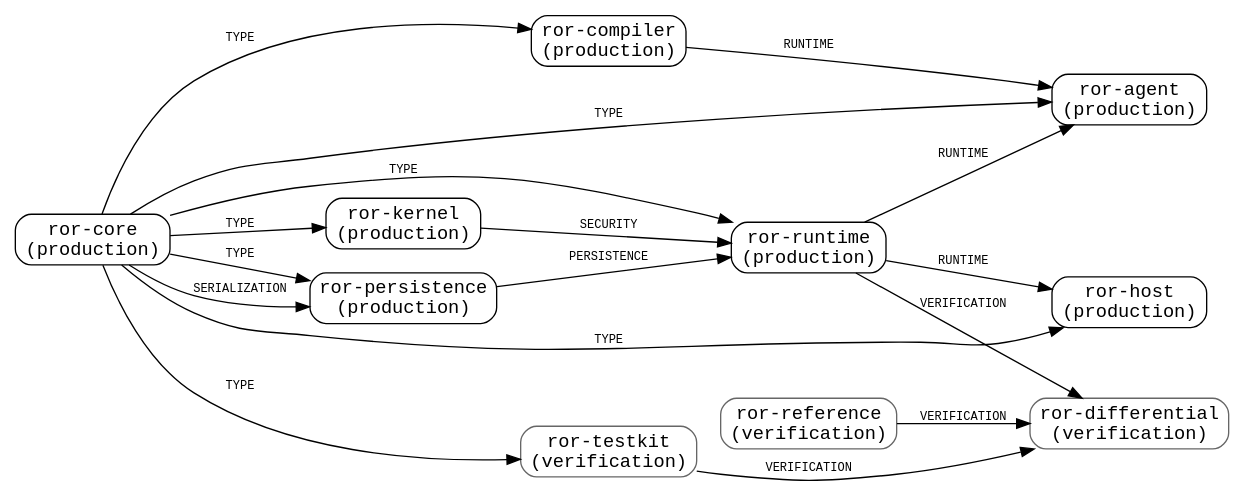
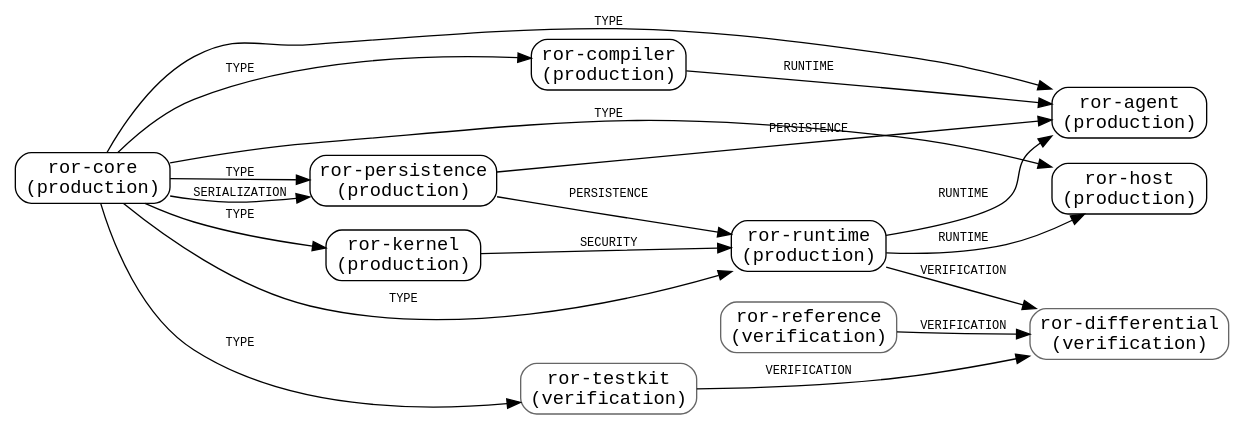
The first of 2 diagrams in dep/01-graph.md (Abdus2023/Red-on-Rust), drawn with Graphviz before and after one commit. The commit also changed other lines of this file and 18 other files, not shown here.

````diff
--- a/dep/01-graph.md
+++ b/dep/01-graph.md
@@ -69,40 +68,41 @@
 ```dot
 digraph ror_crates {
   rankdir=LR; node [shape=box, style=rounded, fontname="monospace"];
   edge  [fontname="monospace", fontsize=9];
   "ror-core" [label="ror-core\n(production)"];
   "ror-compiler" [label="ror-compiler\n(production)"];
   "ror-kernel" [label="ror-kernel\n(production)"];
   "ror-runtime" [label="ror-runtime\n(production)"];
   "ror-persistence" [label="ror-persistence\n(production)"];
   "ror-host" [label="ror-host\n(production)"];
   "ror-agent" [label="ror-agent\n(production)"];
   "ror-reference" [label="ror-reference\n(verification)", color=gray40];
   "ror-differential" [label="ror-differential\n(verification)", color=gray40];
   "ror-testkit" [label="ror-testkit\n(verification)", color=gray40];
   "ror-core" -> "ror-compiler" [label="TYPE"];
   "ror-core" -> "ror-kernel" [label="TYPE"];
   "ror-core" -> "ror-runtime" [label="TYPE"];
   "ror-kernel" -> "ror-runtime" [label="SECURITY"];
   "ror-core" -> "ror-persistence" [label="TYPE"];
   "ror-core" -> "ror-persistence" [label="SERIALIZATION"];
   "ror-core" -> "ror-host" [label="TYPE"];
   "ror-runtime" -> "ror-host" [label="RUNTIME"];
   "ror-core" -> "ror-agent" [label="TYPE"];
   "ror-compiler" -> "ror-agent" [label="RUNTIME"];
   "ror-runtime" -> "ror-agent" [label="RUNTIME"];
+  "ror-persistence" -> "ror-agent" [label="PERSISTENCE"];
   "ror-persistence" -> "ror-runtime" [label="PERSISTENCE"];
   "ror-core" -> "ror-testkit" [label="TYPE"];
   "ror-reference" -> "ror-differential" [label="VERIFICATION"];
   "ror-runtime" -> "ror-differential" [label="VERIFICATION"];
   "ror-testkit" -> "ror-differential" [label="VERIFICATION"];
   // ror-reference keeps no production edge (R-REF-02; L39807-39828 S14).
   // A call is not a dependency: ror-runtime CALLS ror-persistence at
   // request step 14, but ror-persistence does not depend on ror-runtime
   // (spec/07 S3; the S13 diagram implies otherwise - V-04).
   // Forced by the specification yet absent from every crate list (HD-3):
   //   ror-compiler -> ror-runtime   (ExecutablePlan, V-01)
   //   ror-persistence -> ror-agent  (PlannerAccepted recording)
   //   ror-host <-> ror-agent        (replay composition, V-04)
 }
 ```
````
